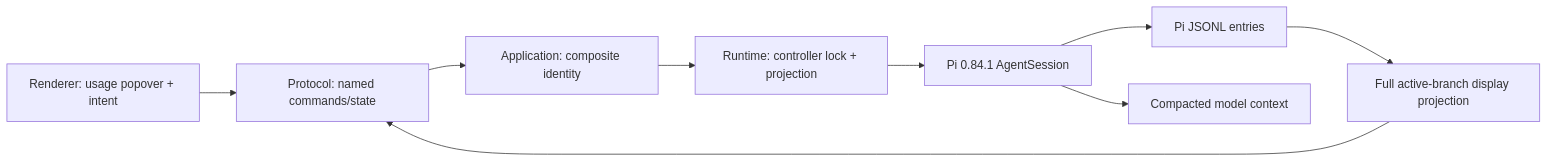
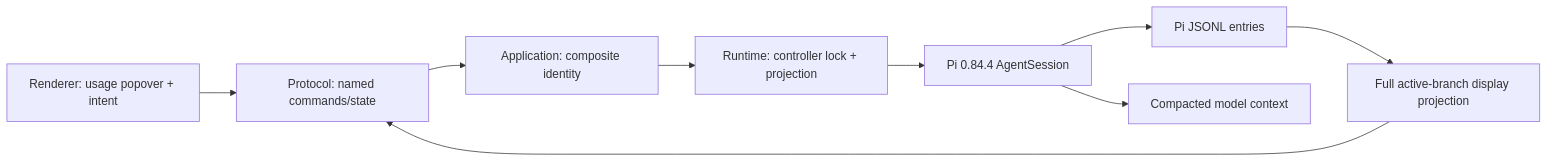
Before and after one commit to vietfood/pho-code: the diagram in docs/features/compaction/implementation-plan.md, drawn with Mermaid. The commit also changed other lines of this file and 37 other files, not shown here.

````diff
--- a/docs/features/compaction/implementation-plan.md
+++ b/docs/features/compaction/implementation-plan.md
@@ -47,11 +47,11 @@
 ```mermaid
 flowchart LR
     Usage["Renderer: usage popover + intent"] --> Protocol["Protocol: named commands/state"]
     Protocol --> Application["Application: composite identity"]
     Application --> Runtime["Runtime: controller lock + projection"]
-    Runtime --> Pi["Pi 0.84.1 AgentSession"]
+    Runtime --> Pi["Pi 0.84.4 AgentSession"]
     Pi --> Jsonl["Pi JSONL entries"]
     Jsonl --> Display["Full active-branch display projection"]
     Pi --> Context["Compacted model context"]
     Display --> Protocol
 ```
````
